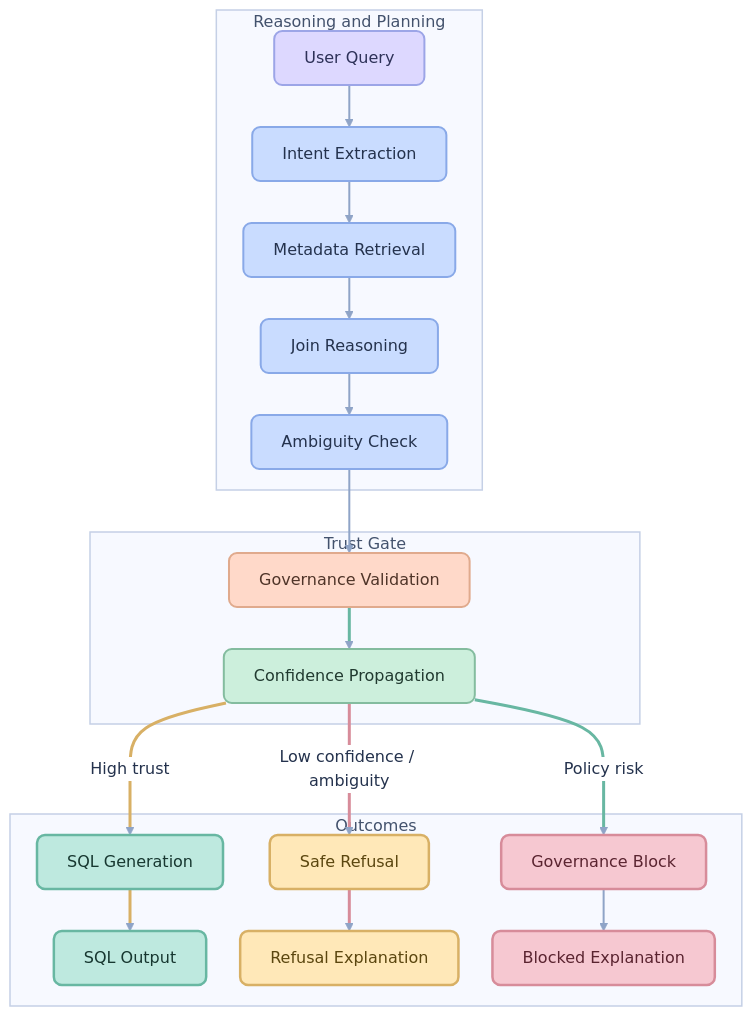
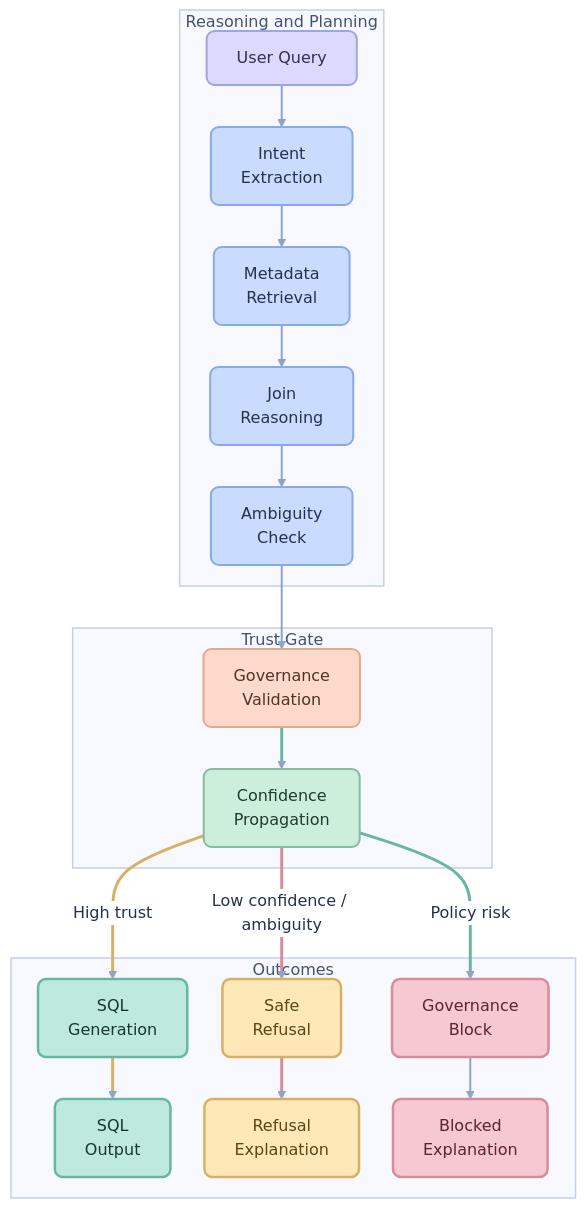
Before and after one commit to Keerthi-Rapolu/Trust-Aware-Metadata-Intelligence: the first of 2 diagrams in README.md, drawn with Mermaid. The commit also changed other lines of this file, not shown here.

Commit message:
Fix Mermaid label clipping with multiline nodes

````diff
--- a/README.md
+++ b/README.md
@@ -206,65 +206,65 @@
 ```mermaid
 %%{init: {
   "theme": "base",
   "themeVariables": {
     "background": "#ffffff",
     "primaryTextColor": "#24324d",
     "secondaryTextColor": "#3c4d6b",
     "lineColor": "#8fa4c7",
     "edgeLabelBackground": "#ffffff",
     "fontFamily": "Segoe UI, Arial, sans-serif"
   },
   "flowchart": {
     "nodeSpacing": 34,
     "rankSpacing": 42,
     "curve": "basis"
   }
 }}%%
 flowchart TD
     subgraph P["Reasoning and Planning"]
-        A[User Query] --> B[Intent Extraction]
-        B --> C[Metadata Retrieval]
-        C --> D[Join Reasoning]
-        D --> E[Ambiguity Check]
+        A["User Query"] --> B["Intent<br/>Extraction"]
+        B --> C["Metadata<br/>Retrieval"]
+        C --> D["Join<br/>Reasoning"]
+        D --> E["Ambiguity<br/>Check"]
     end
 
     subgraph T["Trust Gate"]
-        E --> F[Governance Validation]
-        F --> G[Confidence Propagation]
+        E --> F["Governance<br/>Validation"]
+        F --> G["Confidence<br/>Propagation"]
     end
 
     subgraph O["Outcomes"]
-        G -->|High trust| H[SQL Generation]
-        G -->|Low confidence / ambiguity| I[Safe Refusal]
-        G -->|Policy risk| J[Governance Block]
-        H --> K[SQL Output]
-        I --> L[Refusal Explanation]
-        J --> M[Blocked Explanation]
+        G -->|High trust| H["SQL<br/>Generation"]
+        G -->|Low confidence / ambiguity| I["Safe<br/>Refusal"]
+        G -->|Policy risk| J["Governance<br/>Block"]
+        H --> K["SQL<br/>Output"]
+        I --> L["Refusal<br/>Explanation"]
+        J --> M["Blocked<br/>Explanation"]
     end
 
     classDef reasoning fill:#c9dcff,stroke:#89a9e8,stroke-width:2px,color:#24324d,rx:8px,ry:8px;
     classDef governance fill:#ffd9c9,stroke:#e0aa8d,stroke-width:2px,color:#4f3428,rx:8px,ry:8px;
     classDef confidence fill:#ccefdc,stroke:#84bc9f,stroke-width:2px,color:#213a30,rx:8px,ry:8px;
     classDef success fill:#bee9df,stroke:#68b7a2,stroke-width:2.5px,color:#173730,rx:8px,ry:8px;
     classDef refusal fill:#ffe8b8,stroke:#d8b065,stroke-width:2.5px,color:#5b460f,rx:8px,ry:8px;
     classDef blocked fill:#f6c8d1,stroke:#d78c9a,stroke-width:2.5px,color:#5a2430,rx:8px,ry:8px;
     classDef neutral fill:#ddd8ff,stroke:#9ca5e7,stroke-width:2px,color:#2d3158,rx:8px,ry:8px;
     classDef group fill:#f7f9ff,stroke:#c5d0e6,stroke-width:1.5px,color:#43526d;
 
     class A neutral;
     class B,C,D,E reasoning;
     class F governance;
     class G confidence;
     class H,K success;
     class I,L refusal;
     class J,M blocked;
     class P,T,O group;
 
     linkStyle default stroke:#8fa4c7,stroke-width:2px;
     linkStyle 5 stroke:#68b7a2,stroke-width:3px;
     linkStyle 6 stroke:#d8b065,stroke-width:3px;
     linkStyle 7 stroke:#d78c9a,stroke-width:3px;
     linkStyle 8 stroke:#68b7a2,stroke-width:3px;
     linkStyle 9 stroke:#d8b065,stroke-width:3px;
     linkStyle 10 stroke:#d78c9a,stroke-width:3px;
 ```
````
